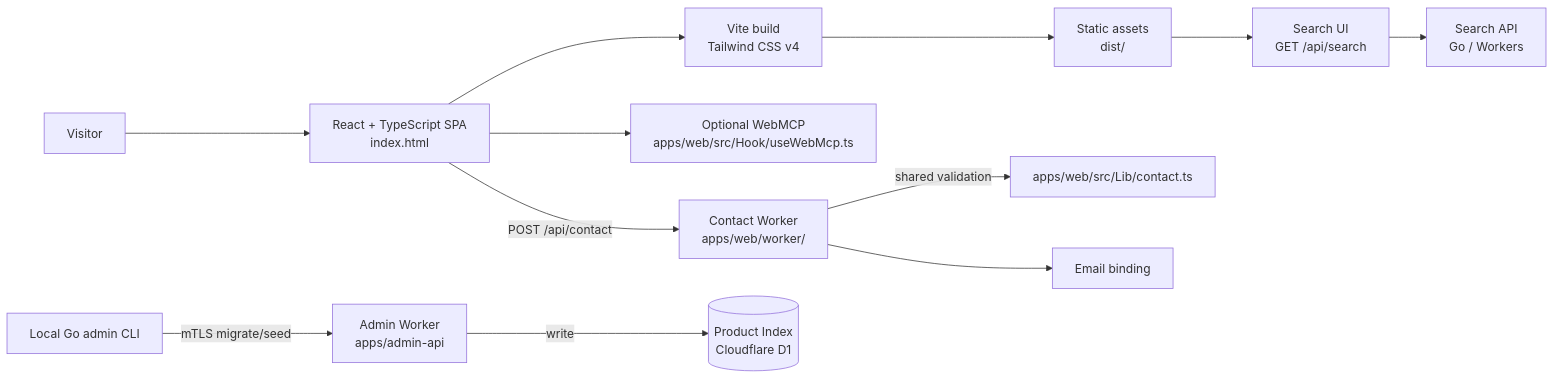
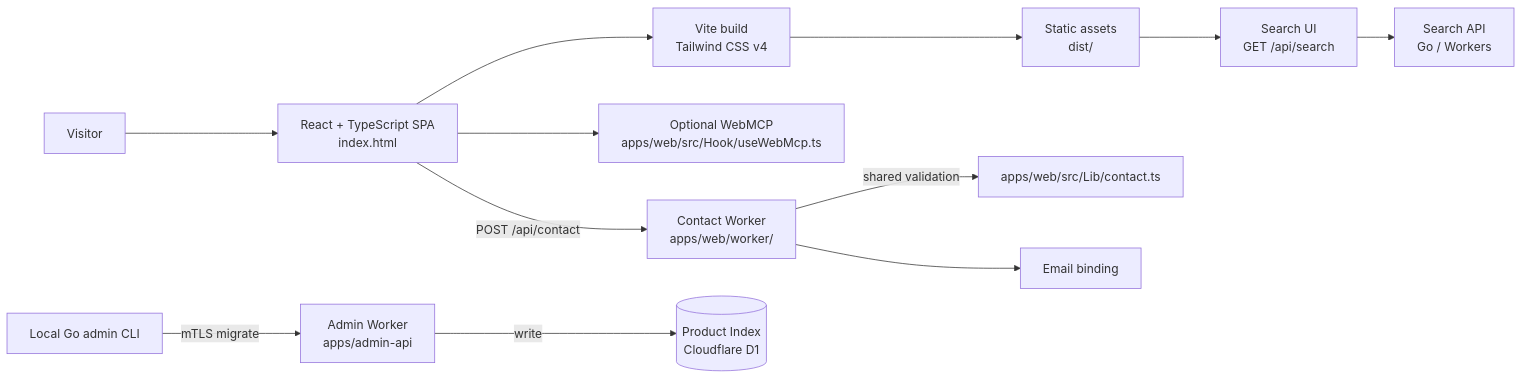
One commit to iskWang/taiwanhaul changed the first of 2 diagrams in docs/architecture.md. Above: the diagram before and after it, drawn with Mermaid. The commit also changed other lines of this file and 96 other files, not shown here.

````diff
--- a/docs/architecture.md
+++ b/docs/architecture.md
@@ -52,14 +52,14 @@
 ```mermaid
 flowchart LR
   Visitor --> HTML["React + TypeScript SPA<br/>index.html"]
   HTML --> Vite["Vite build<br/>Tailwind CSS v4"]
   Vite --> Dist["Static assets<br/>dist/"]
   Dist --> Search["Search UI<br/>GET /api/search"]
   Search --> API["Search API<br/>Go / Workers"]
   HTML --> WebMCP["Optional WebMCP<br/>apps/web/src/Hook/useWebMcp.ts"]
   HTML -->|POST /api/contact| Worker["Contact Worker<br/>apps/web/worker/"]
   Worker -->|shared validation| Contact["apps/web/src/Lib/contact.ts"]
   Worker --> Email["Email binding"]
-  AdminCLI["Local Go admin CLI"] -->|mTLS migrate/seed| Admin["Admin Worker<br/>apps/admin-api"]
+  AdminCLI["Local Go admin CLI"] -->|mTLS migrate| Admin["Admin Worker<br/>apps/admin-api"]
   Admin -->|write| D1[("Product Index<br/>Cloudflare D1")]
 ```
````
